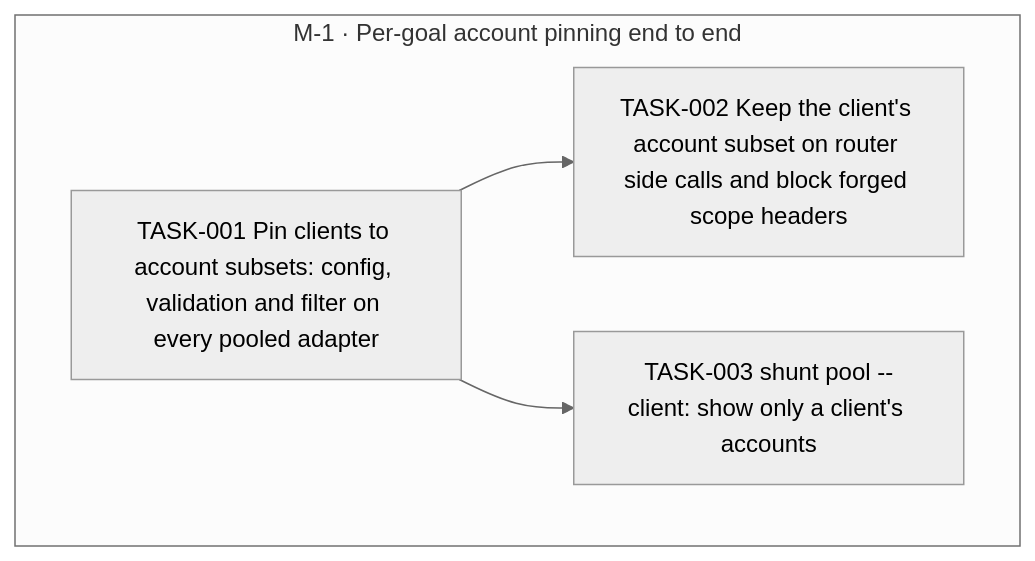
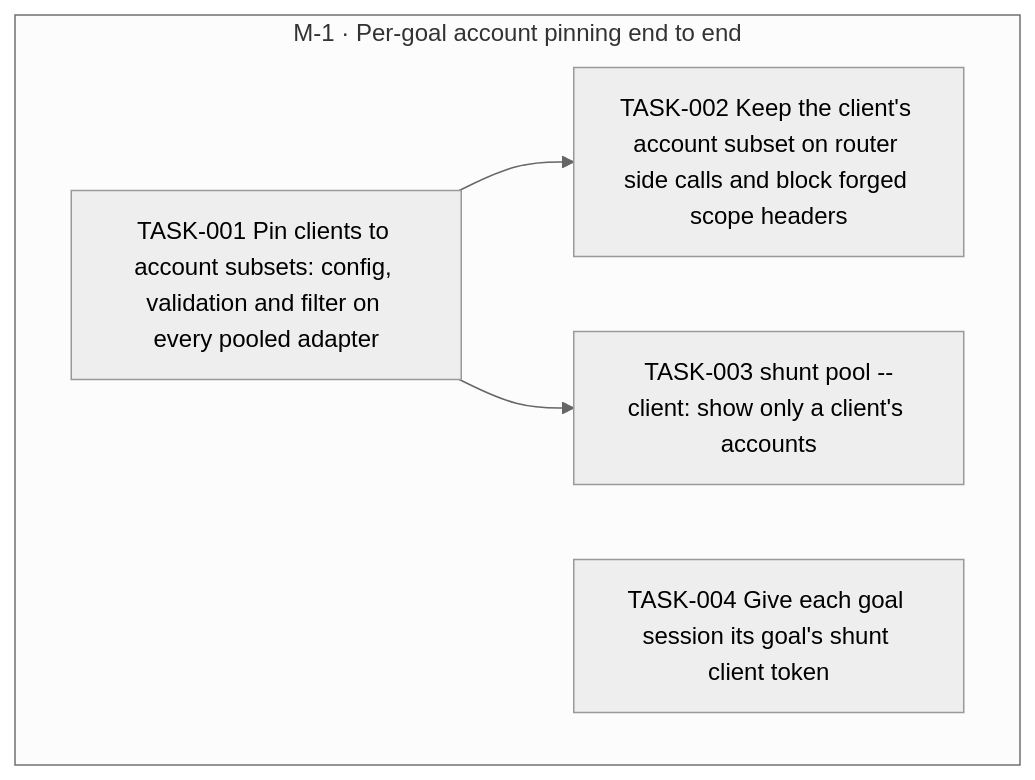
Before and after one commit to jesusvillota/shunt: the diagram in goals/account-pinning/README.md, drawn with Mermaid (neutral theme). The commit also changed 1 other file, not shown here.

Commit message:
goal(account-pinning): add TASK-004 Give each goal session its goal's shunt client token

````diff
--- a/goals/account-pinning/README.md
+++ b/goals/account-pinning/README.md
@@ -19,13 +19,14 @@
 ```mermaid
 flowchart TD
   subgraph M_1["M-1 · Per-goal account pinning end to end"]
     TASK_001["TASK-001 Pin clients to account subsets: config, validation and filter on every pooled adapter"]
     TASK_002["TASK-002 Keep the client's account subset on router side calls and block forged scope headers"]
     TASK_003["TASK-003 shunt pool --client: show only a client's accounts"]
+    TASK_004["TASK-004 Give each goal session its goal's shunt client token"]
   end
   TASK_001 --> TASK_002
   TASK_001 --> TASK_003
   classDef draft stroke-dasharray: 4 3
   classDef cancelled opacity:0.45
   classDef decision fill:#f3e8ff,stroke:#7c3aed
 ```
````
